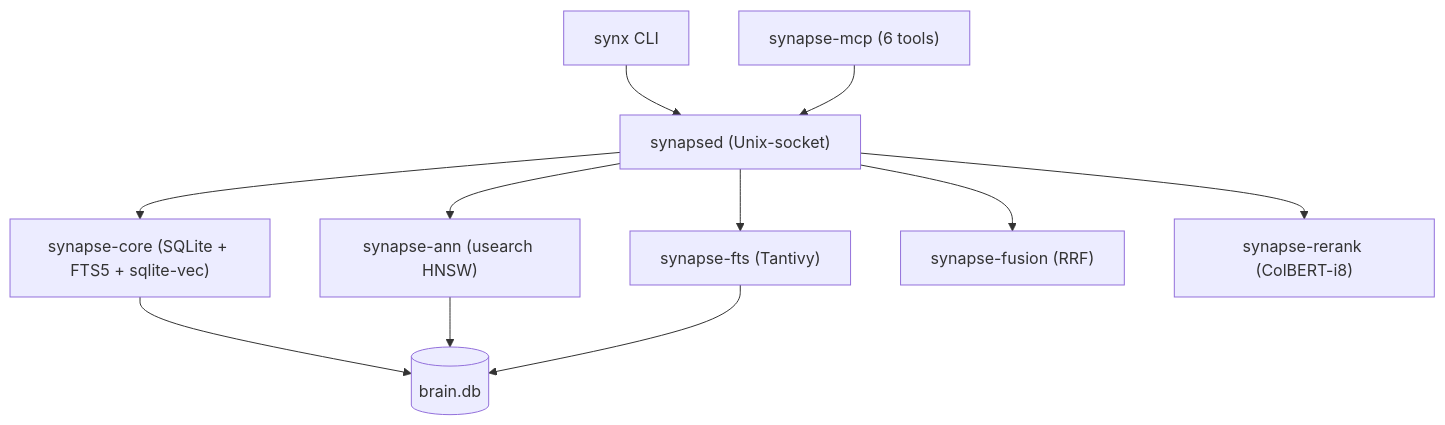
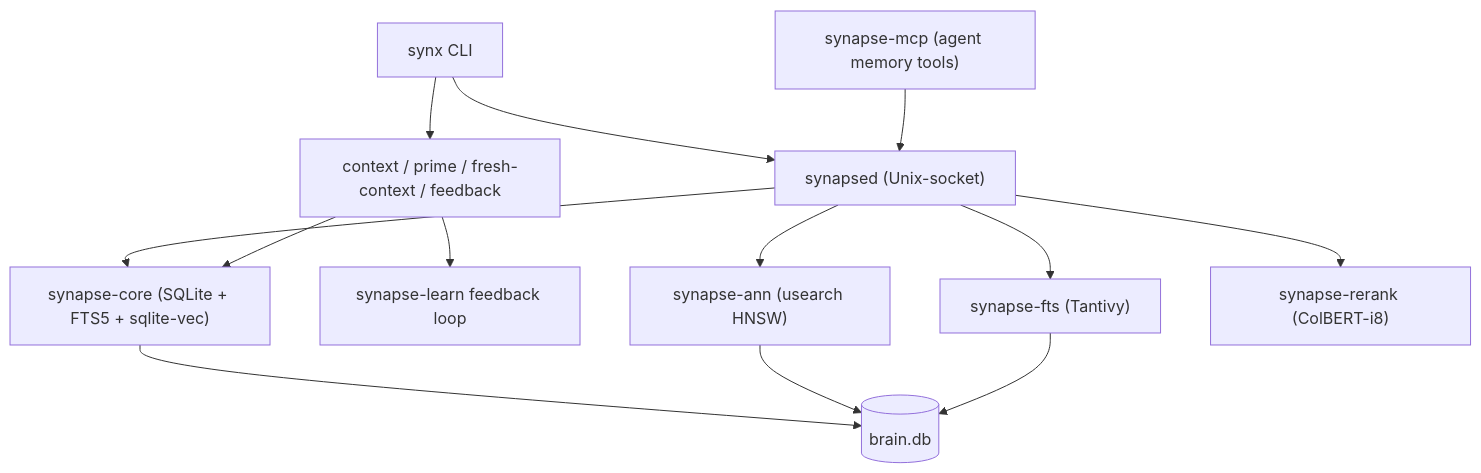
Before and after one commit to Supersynergy/synapse: the diagram in README.md, drawn with Mermaid. The commit also changed other lines of this file and 65 other files, not shown here.

````diff
--- a/README.md
+++ b/README.md
@@ -52,13 +64,15 @@
 ```mermaid
 graph TD
     CLI["synx CLI"] --> Daemon["synapsed (Unix-socket)"]
-    MCP["synapse-mcp (6 tools)"] --> Daemon
+    MCP["synapse-mcp (agent memory tools)"] --> Daemon
     Daemon --> Core["synapse-core (SQLite + FTS5 + sqlite-vec)"]
+    CLI --> Context["context / prime / fresh-context / feedback"]
+    Context --> Core
+    Context --> Learn["synapse-learn feedback loop"]
     Daemon --> Ann["synapse-ann (usearch HNSW)"]
     Daemon --> Fts["synapse-fts (Tantivy)"]
-    Daemon --> Fusion["synapse-fusion (RRF)"]
     Daemon --> Rerank["synapse-rerank (ColBERT-i8)"]
     Core --> DB[(brain.db)]
     Ann --> DB
     Fts --> DB
 ```
````
